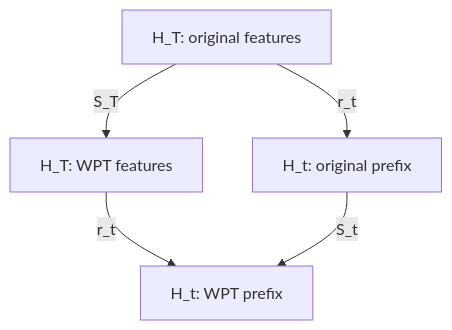
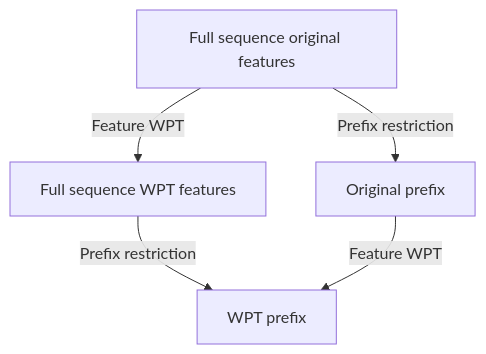
One commit to dikini/wptllm changed the fifth of 5 diagrams in docs/smollm2-category-diagrams.md. Above: the diagram before and after it, drawn with Mermaid. The commit also changed other lines of this file and 1 other file, not shown here.

Commit message:
fix: simplify Mermaid diagram labels

````diff
--- a/docs/smollm2-category-diagrams.md
+++ b/docs/smollm2-category-diagrams.md
@@ -192,7 +192,7 @@
 ```mermaid
 flowchart TB
-  HT[H_T: original features] -->|S_T| HST[H_T: WPT features]
-  HT -->|r_t| Ht[H_t: original prefix]
-  HST -->|r_t| HSt[H_t: WPT prefix]
-  Ht -->|S_t| HSt
+  HT[Full sequence original features] -->|Feature WPT| HST[Full sequence WPT features]
+  HT -->|Prefix restriction| Ht[Original prefix]
+  HST -->|Prefix restriction| HSt[WPT prefix]
+  Ht -->|Feature WPT| HSt
 ```
````
